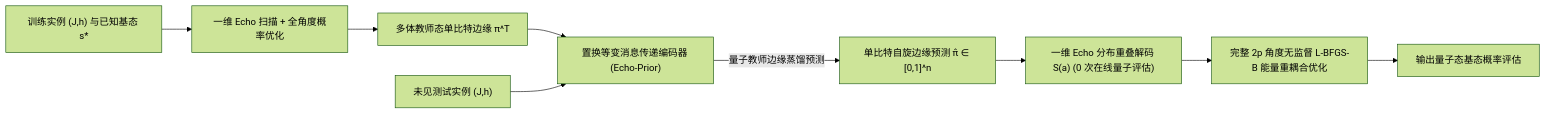
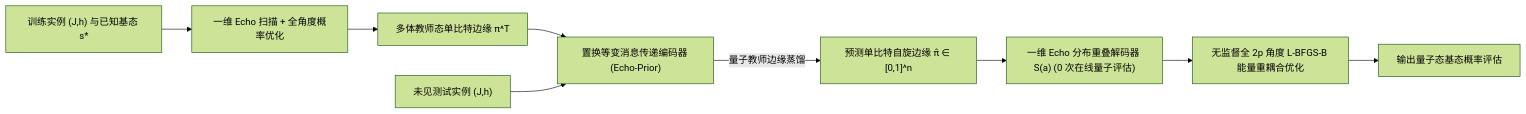
The diagram in paper/paper1-icml-zh.md (jollyxenon/Echo-Prior), drawn with Mermaid (forest theme) before and after one commit. The commit also changed other lines of this file and 7 other files, not shown here.

````diff
--- a/paper/paper1-icml-zh.md
+++ b/paper/paper1-icml-zh.md
@@ -23,11 +15,11 @@
 ```mermaid
 flowchart LR
     A["训练实例 (J,h) 与已知基态 s*"] --> B["一维 Echo 扫描 + 全角度概率优化"]
     B --> C["多体教师态单比特边缘 π^T"]
     C --> D["置换等变消息传递编码器 (Echo-Prior)"]
     G["未见测试实例 (J,h)"] --> D
-    D -->|"量子教师边缘蒸馏预测"| F["单比特自旋边缘预测 π̂ ∈ [0,1]^n"]
-    F --> I["一维 Echo 分布重叠解码 S(a) (0 次在线量子评估)"]
-    I --> J["完整 2p 角度无监督 L-BFGS-B 能量重耦合优化"]
+    D -->|"量子教师边缘蒸馏"| F["预测单比特自旋边缘 π̂ ∈ [0,1]^n"]
+    F --> I["一维 Echo 分布重叠解码器 S(a) (0 次在线量子评估)"]
+    I --> J["无监督全 2p 角度 L-BFGS-B 能量重耦合优化"]
     J --> K["输出量子态基态概率评估"]
 ```
````
